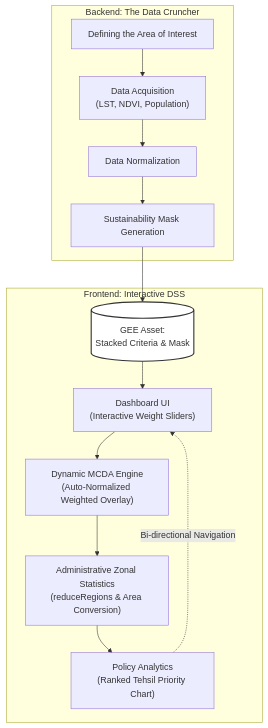
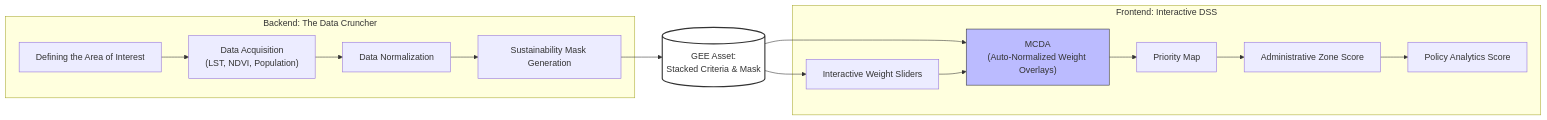
One commit to AashleshaS/Strategic-Afforestation-Dashboard changed the diagram in README.md. Above: the diagram before and after it, drawn with Mermaid.

````diff
--- a/README.md
+++ b/README.md
@@ -42,23 +42,24 @@
 ```mermaid
-graph TD
+graph LR
     subgraph "Backend: The Data Cruncher"
         A["Defining the Area of Interest"] --> B["Data Acquisition<br/>(LST, NDVI, Population)"]
         B --> C["Data Normalization"]
         C --> D["Sustainability Mask Generation"]
     end
 
     D --> E[("GEE Asset:<br/>Stacked Criteria & Mask")]
 
+    E --> F["Interactive Weight Sliders"]
+    E --> G["MCDA<br/>(Auto-Normalized Weight Overlays)"]
+
     subgraph "Frontend: Interactive DSS"
-        E --> F["Dashboard UI<br/>(Interactive Weight Sliders)"]
-        F --> G["Dynamic MCDA Engine<br/>(Auto-Normalized Weighted Overlay)"]
-        G --> H["Administrative Zonal Statistics<br/>(reduceRegions & Area Conversion)"]
-        H --> I["Policy Analytics<br/>(Ranked Tehsil Priority Chart)"]
-        
-        %% Bi-directional Navigation Link
-        I -.->|"Bi-directional Navigation"| F
+        F --> G
+        G --> H["Priority Map"]
+        H --> I["Administrative Zone Score"]
+        I --> J["Policy Analytics Score"]
     end
 
-    %% Visual styling for the bridge asset
+    %% Visual Styling
     style E fill:#ffffff,stroke:#333,stroke-width:2px
+    style G fill:#bbf,stroke:#333
 ```
````
